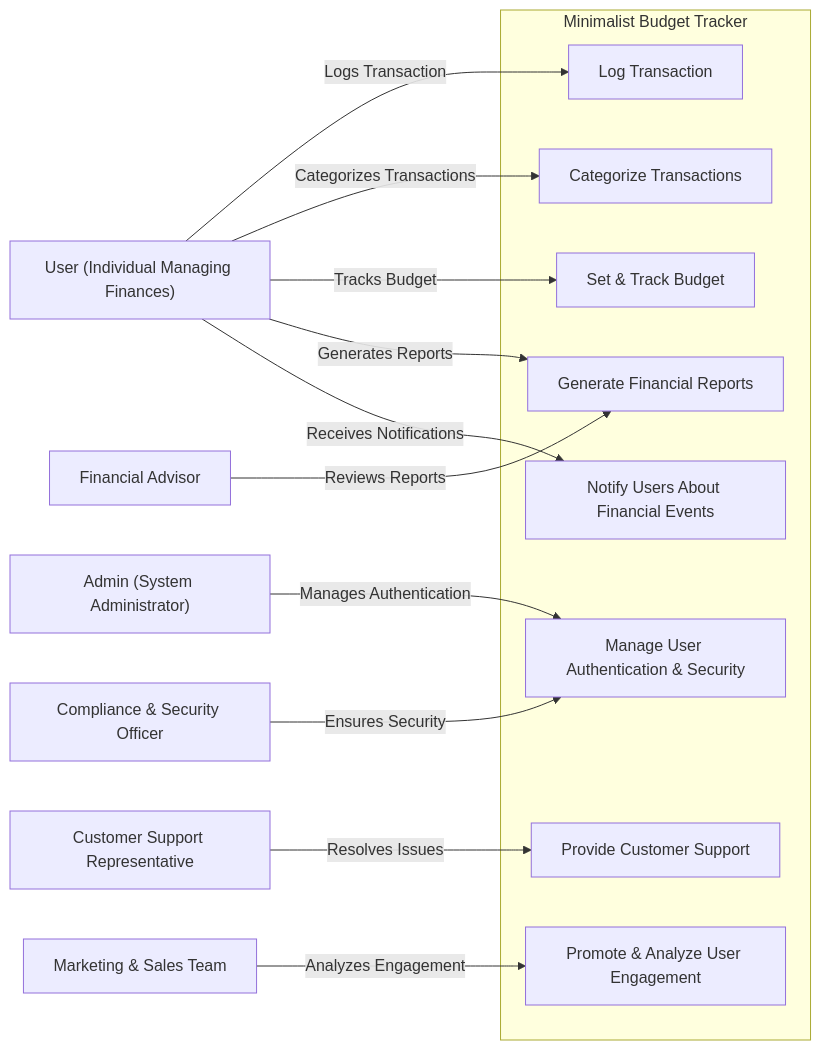
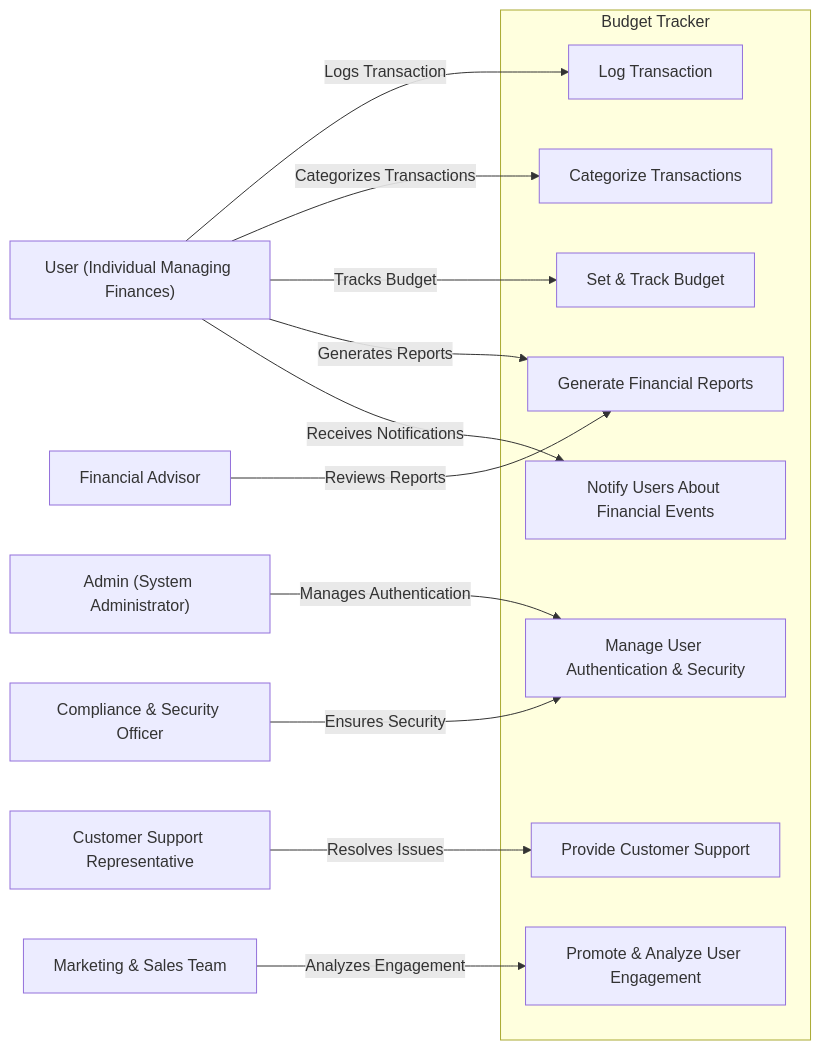
The diagram in USE_CASE_DIAGRAMS.md (Wareezy/Budget_Tracker), drawn with Mermaid before and after one commit.

````diff
--- a/USE_CASE_DIAGRAMS.md
+++ b/USE_CASE_DIAGRAMS.md
@@ -1,44 +1,44 @@
 ```mermaid
 graph LR
   %% Define actors on the left
   User["User (Individual Managing Finances)"]
   Admin["Admin (System Administrator)"]
   FinancialAdvisor["Financial Advisor"]
   MarketingTeam["Marketing & Sales Team"]
   ComplianceOfficer["Compliance & Security Officer"]
   SupportRep["Customer Support Representative"]
 
   %% Define system boundary on the right
-  subgraph BudgetSystem["Minimalist Budget Tracker"]
+  subgraph BudgetSystem["Budget Tracker"]
     A["Log Transaction"]
     B["Categorize Transactions"]
     C["Set & Track Budget"]
     D["Generate Financial Reports"]
     E["Manage User Authentication & Security"]
     F["Notify Users About Financial Events"]
     G["Provide Customer Support"]
     H["Promote & Analyze User Engagement"]
   end
 
   %% User interactions
   User -- Logs Transaction --> A
   User -- Categorizes Transactions --> B
   User -- Tracks Budget --> C
   User -- Generates Reports --> D
   User -- Receives Notifications --> F
 
   %% Admin interactions
   Admin -- Manages Authentication --> E
 
   %% Financial Advisor interactions
   FinancialAdvisor -- Reviews Reports --> D
 
   %% Marketing Team interactions
   MarketingTeam -- Analyzes Engagement --> H
 
   %% Compliance Officer interactions
   ComplianceOfficer -- Ensures Security --> E
 
   %% Support Representative interactions
   SupportRep -- Resolves Issues --> G
 ```
````
